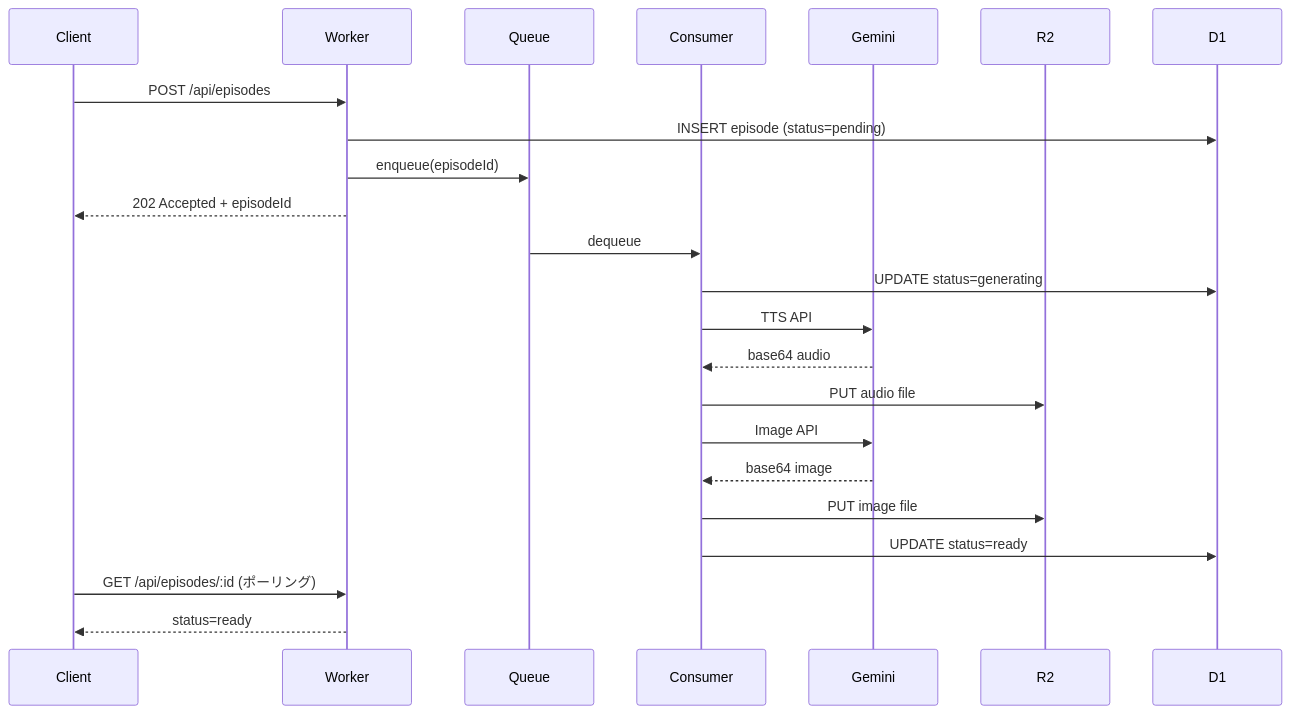
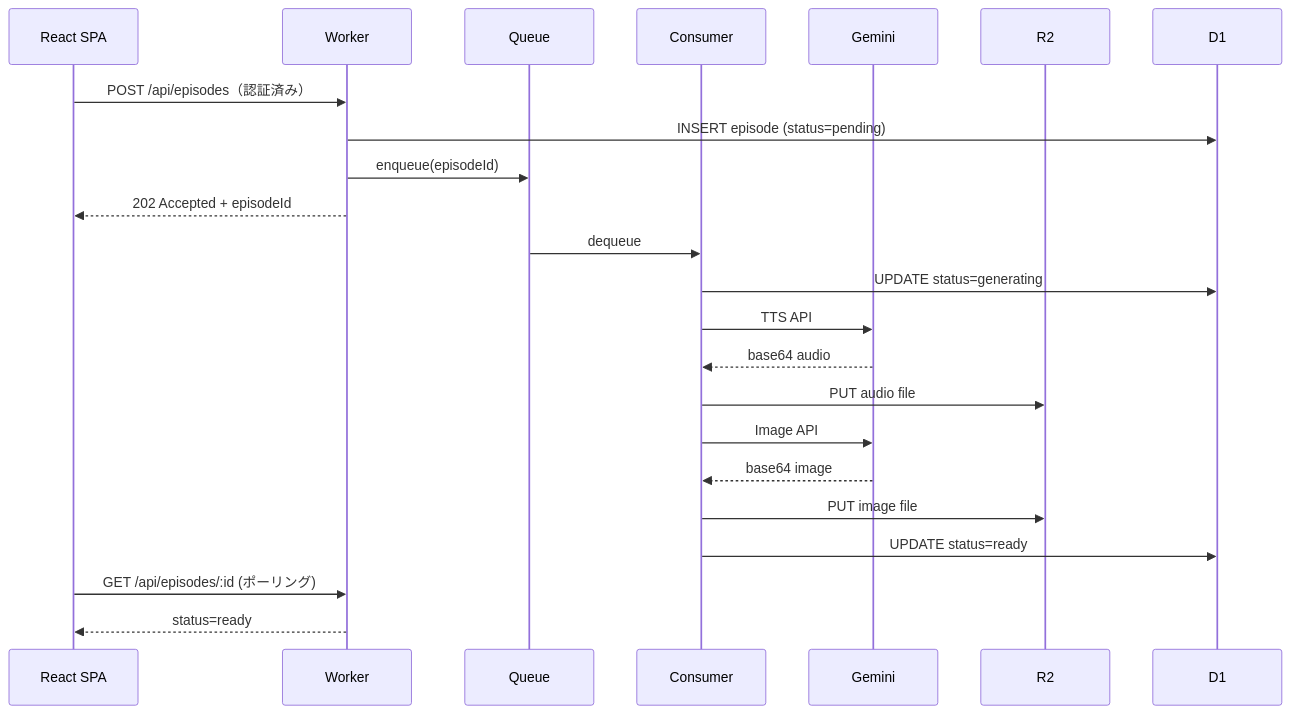
Before and after one commit to Eiji-Kudo/my-services: the second of 2 diagrams in ai-cast/plan-cloudflare-deploy.md, drawn with Mermaid. The commit also changed other lines of this file, not shown here.

Commit message:
feat: update Cloudflare deployment plan to include React SPA and Better Auth integration

````diff
--- a/ai-cast/plan-cloudflare-deploy.md
+++ b/ai-cast/plan-cloudflare-deploy.md
@@ -125,28 +178,28 @@
 ```mermaid
 sequenceDiagram
-    participant Client
+    participant App as React SPA
     participant Worker
     participant Queue
     participant Consumer
     participant Gemini
     participant R2
     participant D1
 
-    Client->>Worker: POST /api/episodes
+    App->>Worker: POST /api/episodes（認証済み）
     Worker->>D1: INSERT episode (status=pending)
     Worker->>Queue: enqueue(episodeId)
-    Worker-->>Client: 202 Accepted + episodeId
+    Worker-->>App: 202 Accepted + episodeId
 
     Queue->>Consumer: dequeue
     Consumer->>D1: UPDATE status=generating
     Consumer->>Gemini: TTS API
     Gemini-->>Consumer: base64 audio
     Consumer->>R2: PUT audio file
     Consumer->>Gemini: Image API
     Gemini-->>Consumer: base64 image
     Consumer->>R2: PUT image file
     Consumer->>D1: UPDATE status=ready
 
-    Client->>Worker: GET /api/episodes/:id (ポーリング)
-    Worker-->>Client: status=ready
+    App->>Worker: GET /api/episodes/:id (ポーリング)
+    Worker-->>App: status=ready
 ```
````
